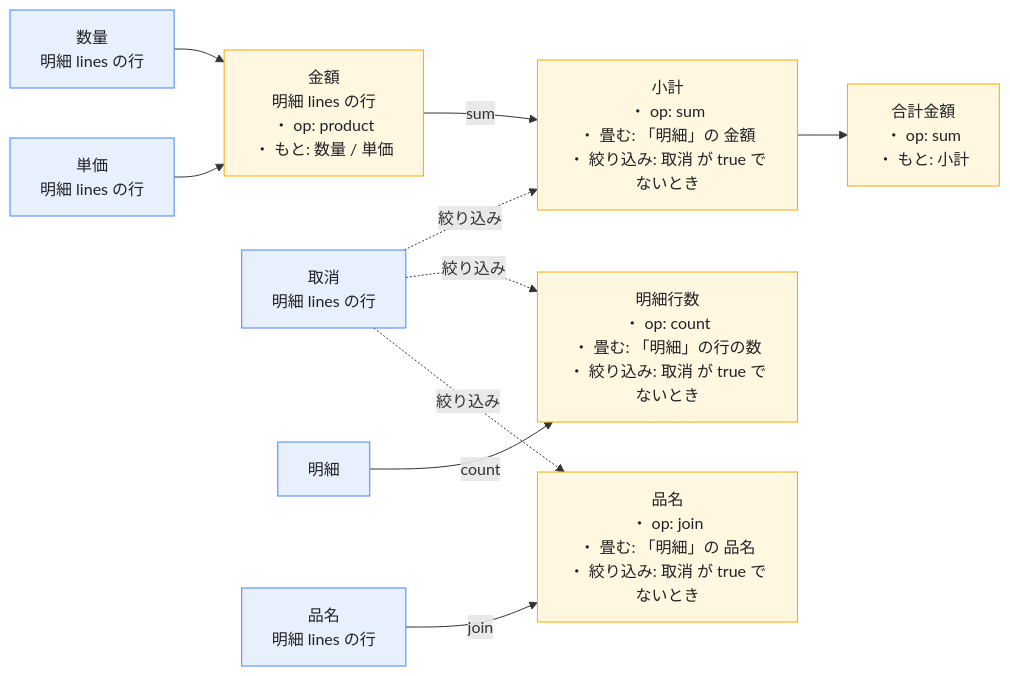
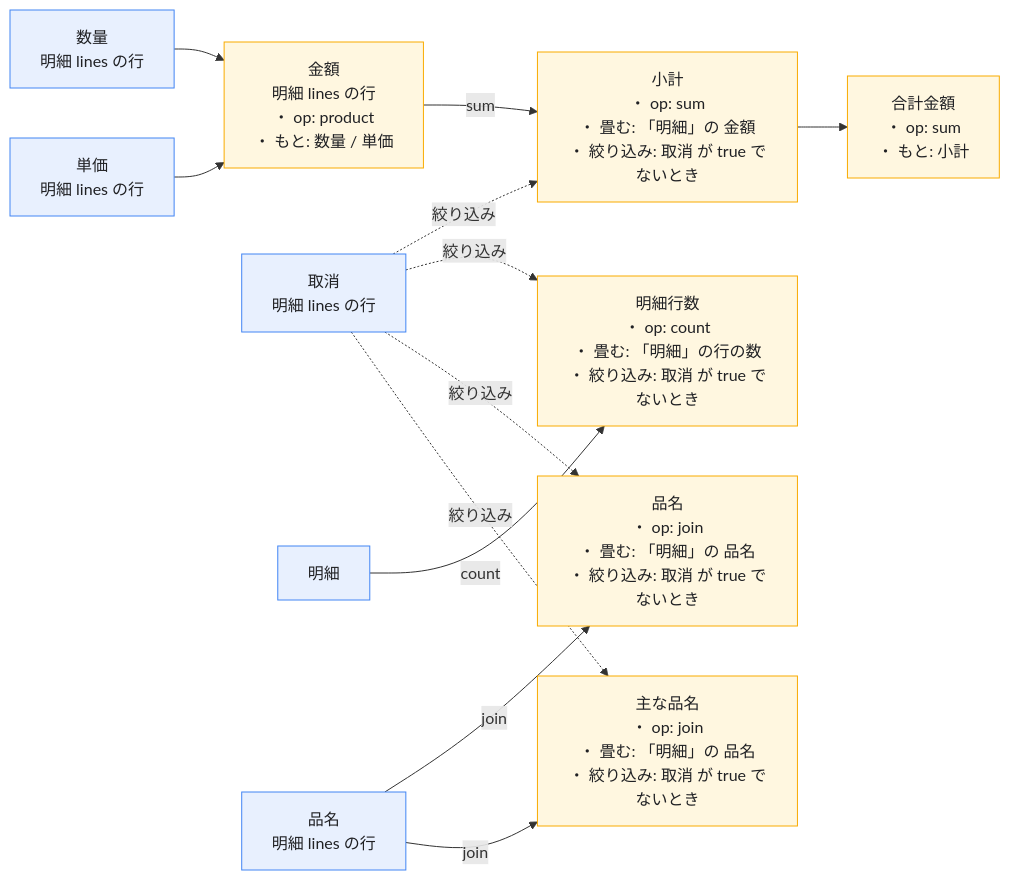
The diagram in site/docs/diagrams.md (ASIL-E-Hatake/hatake), drawn with Mermaid before and after one commit. The commit also changed 2 other files, not shown here.

Commit message:
fix(ci): サイトに貼ってある図を作り直し、regen が貼り込みも見るようにする

````diff
--- a/site/docs/diagrams.md
+++ b/site/docs/diagrams.md
@@ -96,28 +96,31 @@
 ```mermaid
 %% 受注入力: 計算の依存
 %% 左から右へ「この項目はここから出る」。箱の中は計算の中身（何をどう畳むか・どの行に絞るか）。赤い線は順番が逆（空のまま計算される）
 flowchart LR
   lines_qty["数量<br/>明細 lines の行"]
   lines_price["単価<br/>明細 lines の行"]
   lines_amount["金額<br/>明細 lines の行<br/>・ op: product<br/>・ もと: 数量 / 単価"]
   lines_cancelled["取消<br/>明細 lines の行"]
   subtotal["小計<br/>・ op: sum<br/>・ 畳む: 「明細」の 金額<br/>・ 絞り込み: 取消 が true でないとき"]
   lines["明細"]
   lineCount["明細行数<br/>・ op: count<br/>・ 畳む: 「明細」の行の数<br/>・ 絞り込み: 取消 が true でないとき"]
   lines_item["品名<br/>明細 lines の行"]
   itemNames["品名<br/>・ op: join<br/>・ 畳む: 「明細」の 品名<br/>・ 絞り込み: 取消 が true でないとき"]
+  topItems["主な品名<br/>・ op: join<br/>・ 畳む: 「明細」の 品名<br/>・ 絞り込み: 取消 が true でないとき"]
   total["合計金額<br/>・ op: sum<br/>・ もと: 小計"]
   lines_qty --> lines_amount
   lines_price --> lines_amount
   lines_amount -->|sum| subtotal
   lines_cancelled -.->|絞り込み| subtotal
   lines -->|count| lineCount
   lines_cancelled -.->|絞り込み| lineCount
   lines_item -->|join| itemNames
   lines_cancelled -.->|絞り込み| itemNames
+  lines_item -->|join| topItems
+  lines_cancelled -.->|絞り込み| topItems
   subtotal --> total
   classDef input fill:#e8f0fe,stroke:#4285f4,color:#202124
   class lines_qty,lines_price,lines_cancelled,lines,lines_item input
   classDef output fill:#fff7e0,stroke:#f9ab00,color:#202124
-  class lines_amount,subtotal,lineCount,itemNames,total output
+  class lines_amount,subtotal,lineCount,itemNames,topItems,total output
 ```
````
